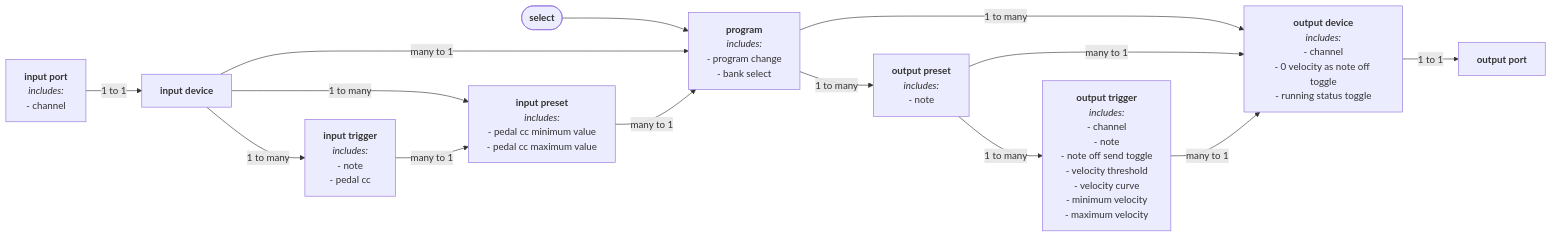
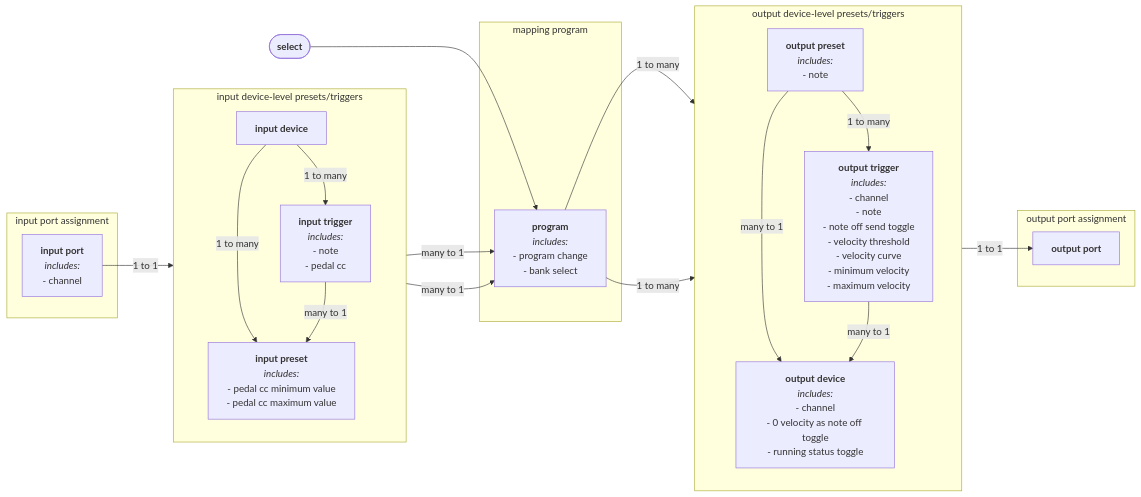
The diagram in README.md (HLammers/cybo-drummer), drawn with Mermaid before and after one commit.

````diff
--- a/README.md
+++ b/README.md
@@ -27,41 +27,56 @@
 ```mermaid
 graph LR
-    SEL(["`**select**`"])-->PROG["`**program**
+    SEL(["`**select**`"])-->PROG
+    subgraph input port assignment
+        IPORT["`**input port**
+        _includes:_
+        - channel`"]
+    end
+    IPORT-->|1 to 1|IDEV
+    subgraph input device-level presets/triggers
+        direction TB
+        IDEV-->|1 to many|ITRIG["`**input trigger**
+        _includes:_
+        - note
+        - pedal cc`"]
+        IDEV["`**input device**`"]-->|1 to many|IPRES
+        ITRIG-->|many to 1|IPRES["`**input preset**
+    _includes:_
+    - pedal cc minimum value
+    - pedal cc maximum value`"]
+    end
+    IDEV-->|many to 1|PROG
+    IPRES-->|many to 1|PROG
+    subgraph mapping program
+        PROG["`**program**
     _includes:_
     - program change
     - bank select`"]
-    IPORT["`**input port**
-    _includes:_
-    - channel`"]-->|1 to 1|IDEV
-    IDEV-->|1 to many|ITRIG["`**input trigger**
-    _includes:_
-    - note
-    - pedal cc`"]
-    IDEV-->|1 to many|IPRES
-    ITRIG-->|many to 1|IPRES
-    IDEV["`**input device**`"]-->|many to 1|PROG
-    IPRES["`**input preset**
-    _includes:_
-    - pedal cc minimum value
-    - pedal cc maximum value`"]-->|many to 1|PROG
-    PROG-->|1 to many|ODEV["`**output device**
-    _includes:_
-    - channel
-    - 0 velocity as note off toggle
-    - running status toggle`"]
-    PROG-->|1 to many|OPRES["`**output preset**
-    _includes:_
-    - note`"]
-    OPRES-->|many to 1|ODEV
-    OPRES-->|1 to many|OTRIG
-    OTRIG["`**output trigger**
-    _includes:_
-    - channel
-    - note
-    - note off send toggle
-    - velocity threshold
-    - velocity curve
-    - minimum velocity
-    - maximum velocity`"]-->|many to 1|ODEV
-    ODEV-->|1 to 1|OPORT["`**output port**`"]
+    end
+    PROG-->|1 to many|ODEV
+    PROG-->|1 to many|OPRES
+    subgraph output device-level presets/triggers
+        direction TB
+        OPRES-->|many to 1|ODEV["`**output device**
+        _includes:_
+        - channel
+        - 0 velocity as note off toggle
+        - running status toggle`"]
+        OPRES["`**output preset**
+        _includes:_
+        - note`"]-->|1 to many|OTRIG
+        OTRIG["`**output trigger**
+        _includes:_
+        - channel
+        - note
+        - note off send toggle
+        - velocity threshold
+        - velocity curve
+        - minimum velocity
+        - maximum velocity`"]-->|many to 1|ODEV
+    end
+    ODEV-->|1 to 1|OPORT
+    subgraph output port assignment
+        OPORT["`**output port**`"]
+    end
 ```
````
